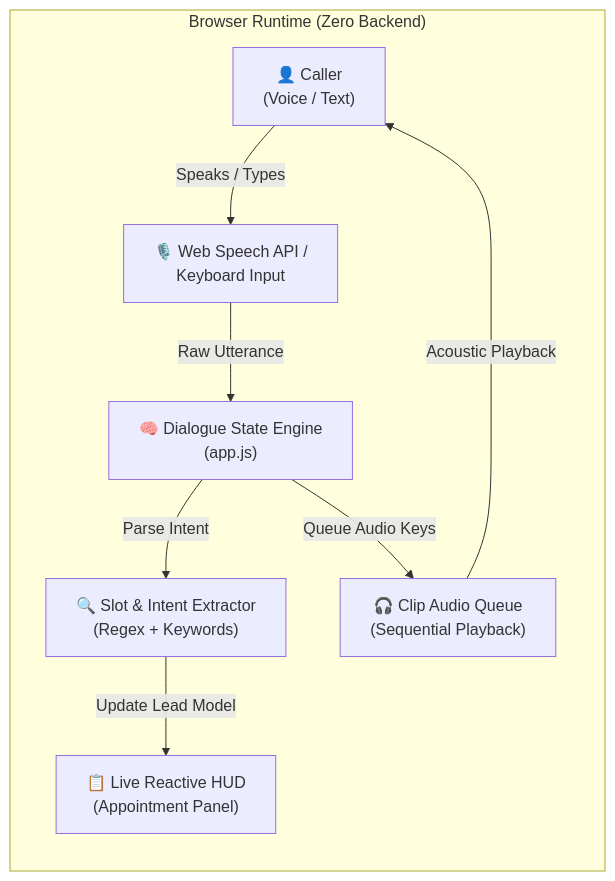
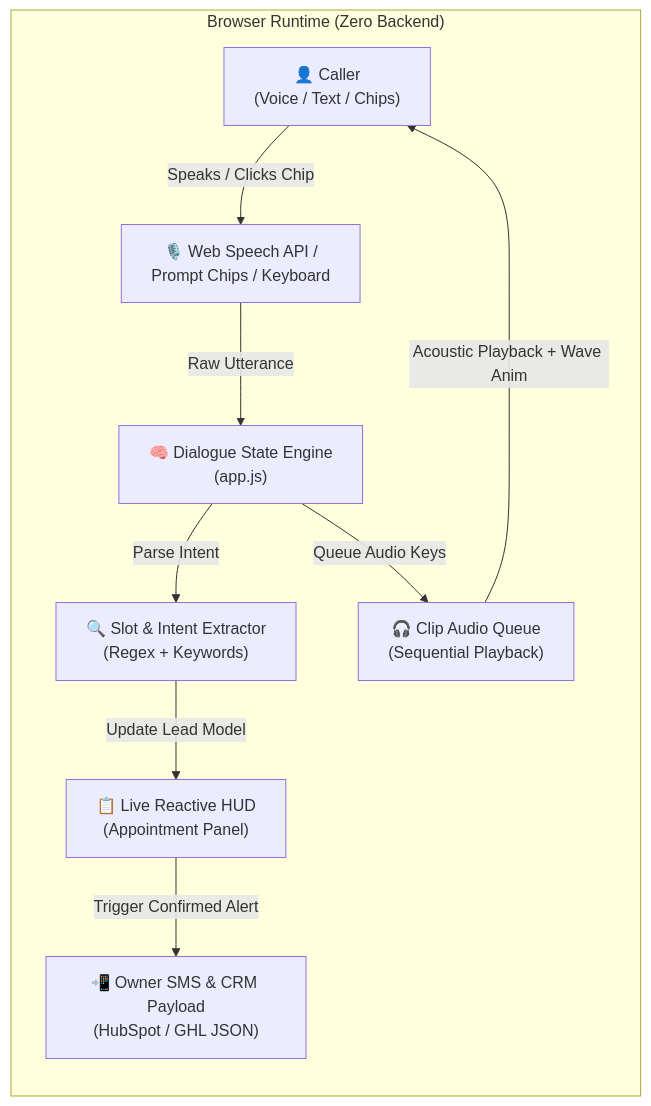
The first of 2 diagrams in README.md (baerozgaarmard/brandforge-voice-agent-demo), drawn with Mermaid before and after one commit. The commit also changed other lines of this file and 5 other files, not shown here.

Commit message:
feat: add quick prompt chips, voice preview, audio wave visualizer, owner SMS/CRM payload, and CI workflow

````diff
--- a/README.md
+++ b/README.md
@@ -51,18 +55,20 @@
 ```mermaid
 flowchart LR
     subgraph Client["Browser Runtime (Zero Backend)"]
-        Caller["👤 Caller<br/>(Voice / Text)"]
-        InputLayer["🎙️ Web Speech API /<br/>Keyboard Input"]
+        Caller["👤 Caller<br/>(Voice / Text / Chips)"]
+        InputLayer["🎙️ Web Speech API /<br/>Prompt Chips / Keyboard"]
         StateEngine["🧠 Dialogue State Engine<br/>(app.js)"]
         SlotExtractor["🔍 Slot & Intent Extractor<br/>(Regex + Keywords)"]
         AudioPlayback["🎧 Clip Audio Queue<br/>(Sequential Playback)"]
         ApptHUD["📋 Live Reactive HUD<br/>(Appointment Panel)"]
+        SMSModal["📲 Owner SMS & CRM Payload<br/>(HubSpot / GHL JSON)"]
     end
 
-    Caller -->|Speaks / Types| InputLayer
+    Caller -->|Speaks / Clicks Chip| InputLayer
     InputLayer -->|Raw Utterance| StateEngine
     StateEngine -->|Parse Intent| SlotExtractor
     SlotExtractor -->|Update Lead Model| ApptHUD
+    ApptHUD -->|Trigger Confirmed Alert| SMSModal
     StateEngine -->|Queue Audio Keys| AudioPlayback
-    AudioPlayback -->|Acoustic Playback| Caller
+    AudioPlayback -->|Acoustic Playback + Wave Anim| Caller
 ```
````
